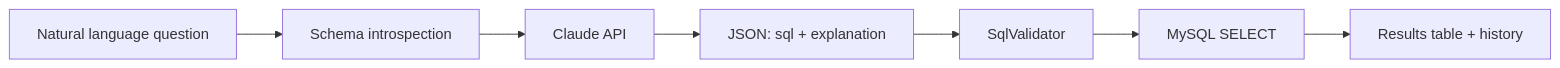
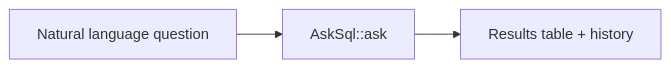
One commit to memo2k/text-to-sql-ai changed the diagram in README.md. Above: the diagram before and after it, drawn with Mermaid. The commit also changed other lines of this file, not shown here.

Commit message:
Update README.md to reflect integration of AskSQL package, clarify query execution process, revise rate limit settings.

````diff
--- a/README.md
+++ b/README.md
@@ -21,9 +21,5 @@
 ```mermaid
 flowchart LR
-  A[Natural language question] --> B[Schema introspection]
-  B --> C[Claude API]
-  C --> D[JSON: sql + explanation]
-  D --> E[SqlValidator]
-  E --> F[MySQL SELECT]
-  F --> G[Results table + history]
+  A[Natural language question] --> B[AskSql::ask]
+  B --> C[Results table + history]
 ```
````
